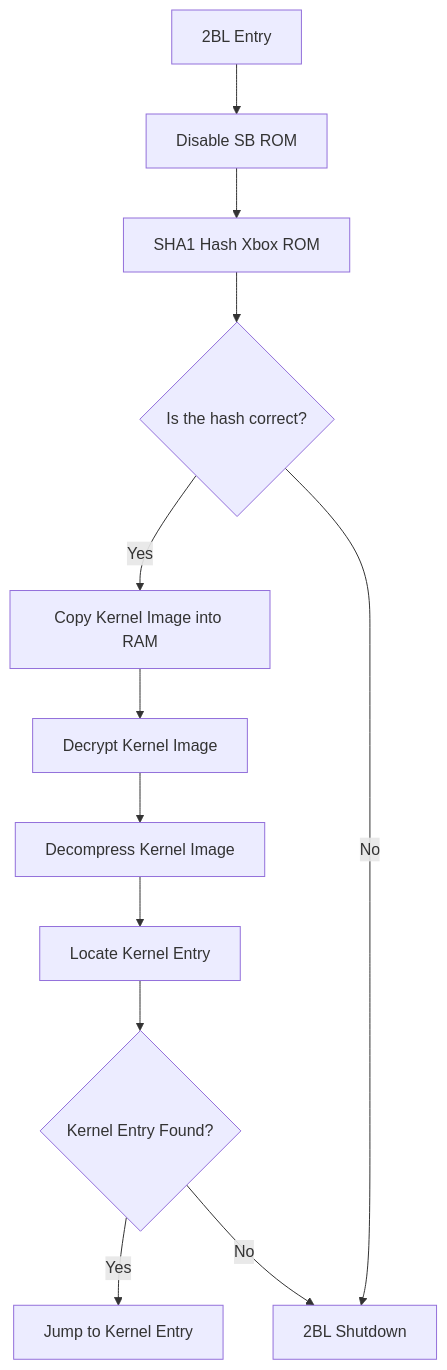
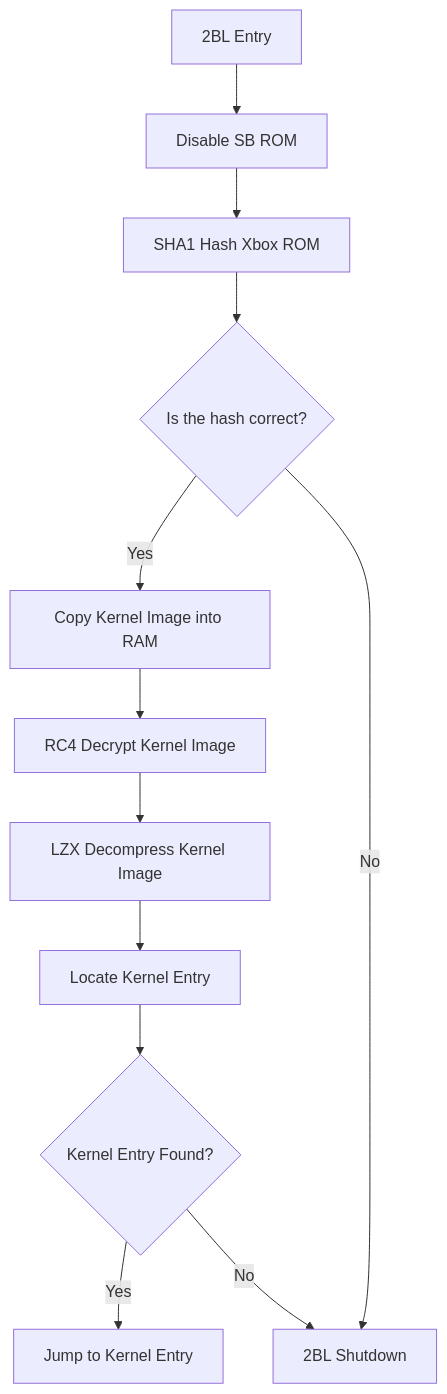
The diagram in boot_state_diagram_2bl.md (tommojphillips/XboxBiosTool), drawn with Mermaid before and after one commit.

````diff
--- a/boot_state_diagram_2bl.md
+++ b/boot_state_diagram_2bl.md
@@ -1,22 +1,22 @@
 ```mermaid
-graph TD;
+flowchart
 
 2BL_ENTRY[2BL Entry]-->2BL_DISABLE_SB
 2BL_DISABLE_SB[Disable SB ROM]-->2BL_HASH_ROM
 
 2BL_HASH_ROM[SHA1 Hash Xbox ROM]-->2BL_IS_HASH_CORRECT{Is the hash correct?}
 2BL_IS_HASH_CORRECT-->|Yes|2BL_COPY_KERNEL
 2BL_IS_HASH_CORRECT-->|No|2BL_SHUTDOWN
 
 2BL_COPY_KERNEL[Copy Kernel Image into RAM]-->2BL_DECRYPT_KERNEL
-2BL_DECRYPT_KERNEL[Decrypt Kernel Image]-->2BL_DECOMPRESS_KERNEL
-2BL_DECOMPRESS_KERNEL[Decompress Kernel Image]-->2BL_FIND_KERNEL_ENTRY
+2BL_DECRYPT_KERNEL[RC4 Decrypt Kernel Image]-->2BL_DECOMPRESS_KERNEL
+2BL_DECOMPRESS_KERNEL[LZX Decompress Kernel Image]-->2BL_FIND_KERNEL_ENTRY
 
 2BL_FIND_KERNEL_ENTRY[Locate Kernel Entry]-->2BL_IS_KERNEL_ENTRY_FOUND{Kernel Entry Found?}
 2BL_IS_KERNEL_ENTRY_FOUND-->|Yes|KERNEL_ENTRY
 2BL_IS_KERNEL_ENTRY_FOUND-->|No|2BL_SHUTDOWN
 
 2BL_SHUTDOWN[2BL Shutdown]
 KERNEL_ENTRY[Jump to Kernel Entry]
 
 ```
````
